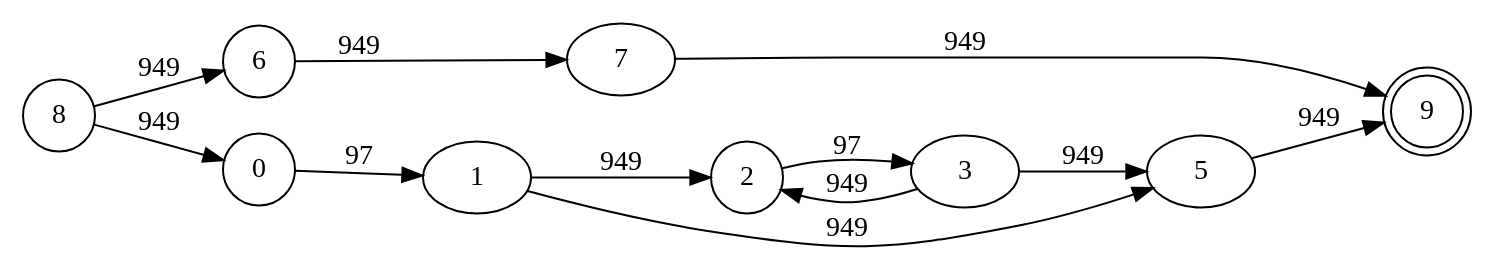
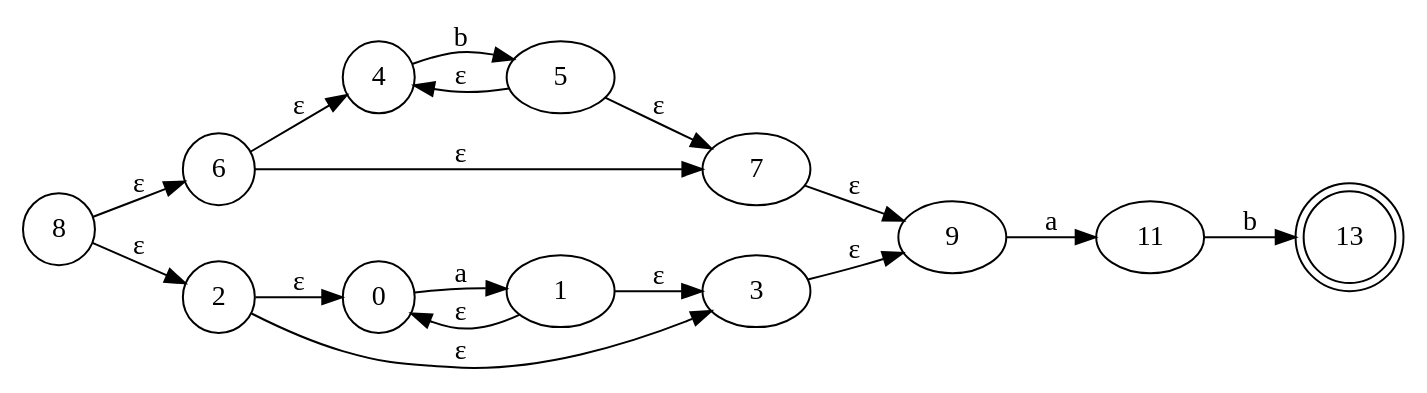
The diagram in test-output/automata1.gv (bryannalfaro/Dise-odeLenguajes), drawn with Graphviz before and after one commit. The commit also changed 3 other files, not shown here.

Commit message:
fixing alphabet and changing to letter the diagram

```diff
--- a/test-output/automata1.gv
+++ b/test-output/automata1.gv
@@ -1,19 +1,25 @@
 digraph automata1 {
 	rankdir=LR
 	8 [label=8 shape=circle]
-	9 [label=9 shape=doublecircle]
+	13 [label=13 shape=doublecircle]
 	6 [label=6 shape=circle]
+	2 [label=2 shape=circle]
+	4 [label=4 shape=circle]
 	0 [label=0 shape=circle]
-	2 [label=2 shape=circle]
-	8 -> 6 [label=949]
-	8 -> 0 [label=949]
-	6 -> 7 [label=949]
-	7 -> 9 [label=949]
-	0 -> 1 [label=97]
-	1 -> 2 [label=949]
-	1 -> 5 [label=949]
-	2 -> 3 [label=97]
-	3 -> 5 [label=949]
-	3 -> 2 [label=949]
-	5 -> 9 [label=949]
+	8 -> 6 [label="ε"]
+	8 -> 2 [label="ε"]
+	6 -> 4 [label="ε"]
+	6 -> 7 [label="ε"]
+	4 -> 5 [label=b]
+	5 -> 7 [label="ε"]
+	5 -> 4 [label="ε"]
+	7 -> 9 [label="ε"]
+	2 -> 0 [label="ε"]
+	2 -> 3 [label="ε"]
+	0 -> 1 [label=a]
+	1 -> 3 [label="ε"]
+	1 -> 0 [label="ε"]
+	3 -> 9 [label="ε"]
+	9 -> 11 [label=a]
+	11 -> 13 [label=b]
 }
```
